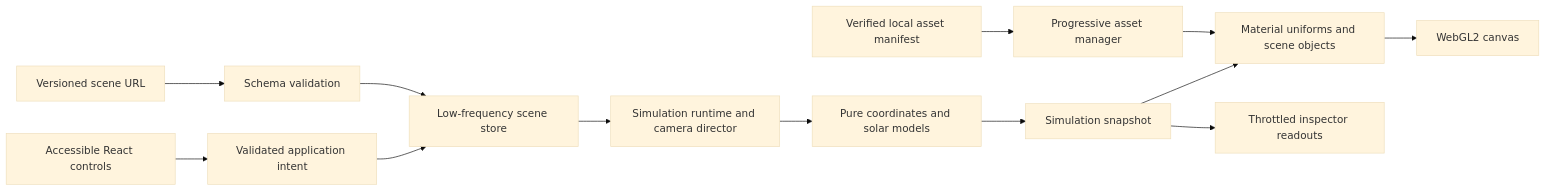
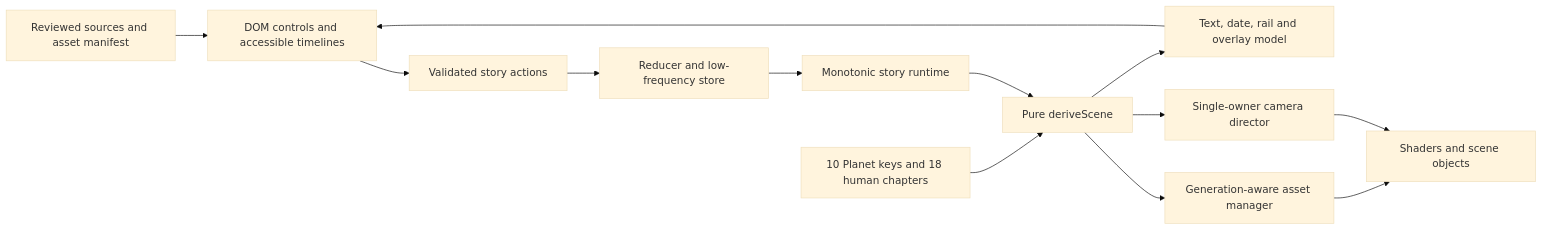
One commit to jdavis-software/terra changed the diagram in docs/ARCHITECTURE.md. Above: the diagram before and after it, drawn with Mermaid (base theme). The commit also changed other lines of this file and 17 other files, not shown here.

Commit message:
docs: replace observatory plan with recording-based Earth history roadmap

````diff
--- a/docs/ARCHITECTURE.md
+++ b/docs/ARCHITECTURE.md
@@ -25,15 +43,15 @@
 ```mermaid
 flowchart LR
-  Controls[Accessible React controls] --> Intent[Validated application intent]
-  Intent --> Store[Low-frequency scene store]
-  Store --> Runtime[Simulation runtime and camera director]
-  Runtime --> Math[Pure coordinates and solar models]
-  Math --> Snapshot[Simulation snapshot]
-  Snapshot --> GPU[Material uniforms and scene objects]
-  Snapshot --> Readouts[Throttled inspector readouts]
-  Assets[Verified local asset manifest] --> Loader[Progressive asset manager]
-  Loader --> GPU
-  URL[Versioned scene URL] --> Validate[Schema validation]
-  Validate --> Store
-  GPU --> Canvas[WebGL2 canvas]
+  DOM[DOM controls and accessible timelines] --> Actions[Validated story actions]
+  Actions --> State[Reducer and low-frequency store]
+  State --> Clock[Monotonic story runtime]
+  Data[10 Planet keys and 18 human chapters] --> Derive[Pure deriveScene]
+  Clock --> Derive
+  Derive --> View[Text, date, rail and overlay model]
+  Derive --> Assets[Generation-aware asset manager]
+  Assets --> GPU[Shaders and scene objects]
+  Derive --> Camera[Single-owner camera director]
+  Camera --> GPU
+  View --> DOM
+  Sources[Reviewed sources and asset manifest] --> DOM
 ```
````
